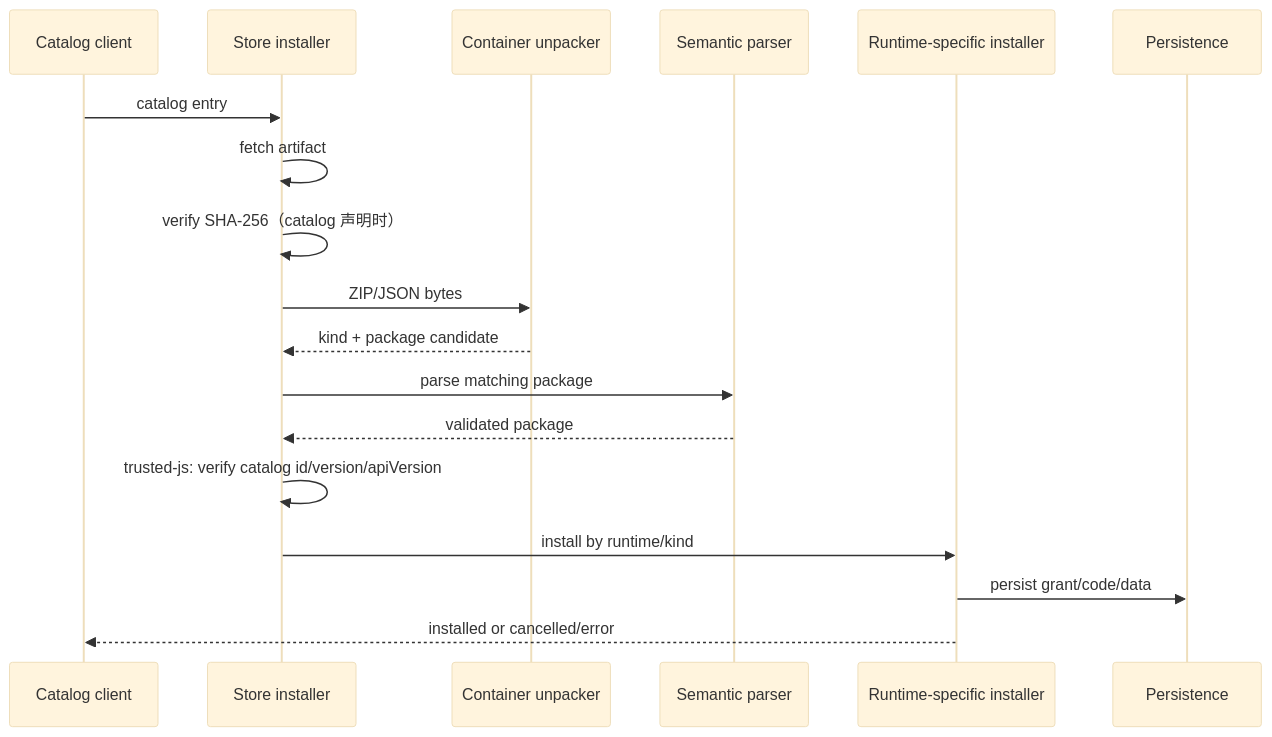
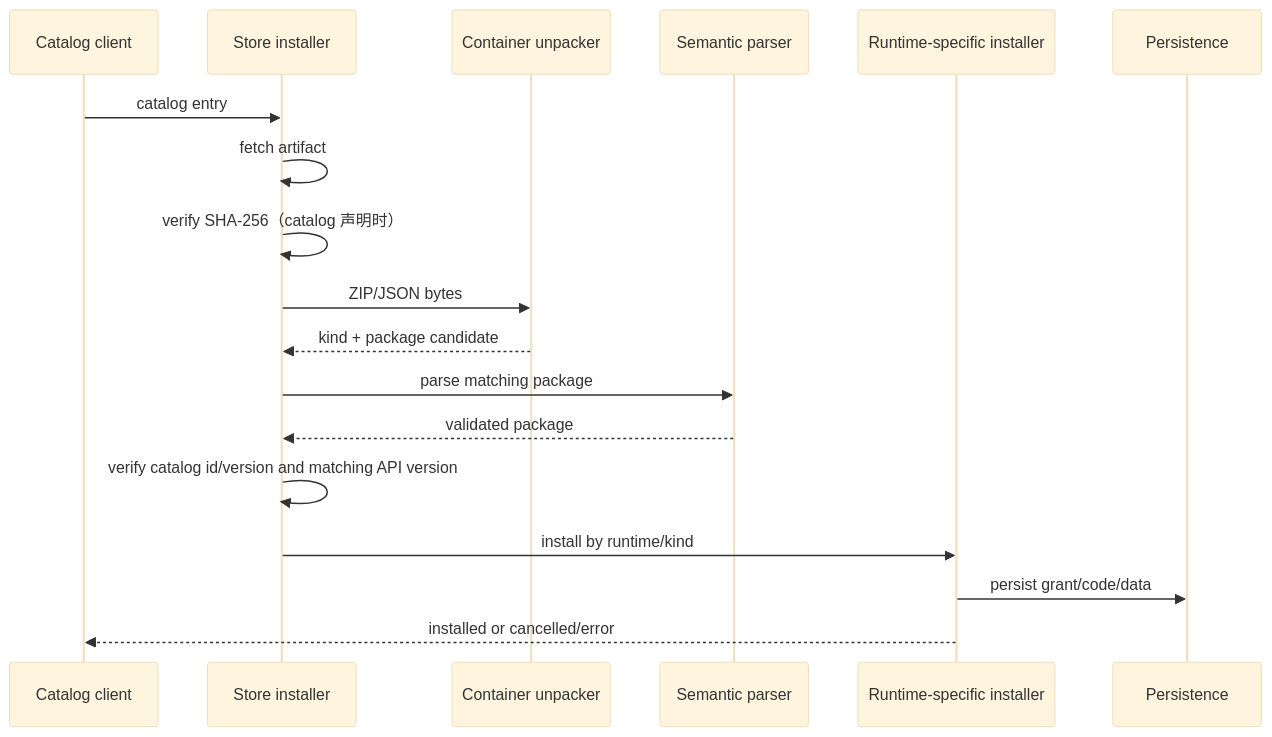
Before and after one commit to Xionghaizi001/amll-ttml-tool: the third of 4 diagrams in PLUGIN.md, drawn with Mermaid (base theme). The commit also changed other lines of this file and 7 other files, not shown here.

Commit message:
plugin: dependency schema

````diff
--- a/PLUGIN.md
+++ b/PLUGIN.md
@@ -255,21 +279,21 @@
 ```mermaid
 sequenceDiagram
     participant C as Catalog client
     participant S as Store installer
     participant U as Container unpacker
     participant P as Semantic parser
     participant R as Runtime-specific installer
     participant D as Persistence
 
     C->>S: catalog entry
     S->>S: fetch artifact
     S->>S: verify SHA-256（catalog 声明时）
     S->>U: ZIP/JSON bytes
     U-->>S: kind + package candidate
     S->>P: parse matching package
     P-->>S: validated package
-    S->>S: trusted-js: verify catalog id/version/apiVersion
+    S->>S: verify catalog id/version and matching API version
     S->>R: install by runtime/kind
     R->>D: persist grant/code/data
     R-->>C: installed or cancelled/error
 ```
````
